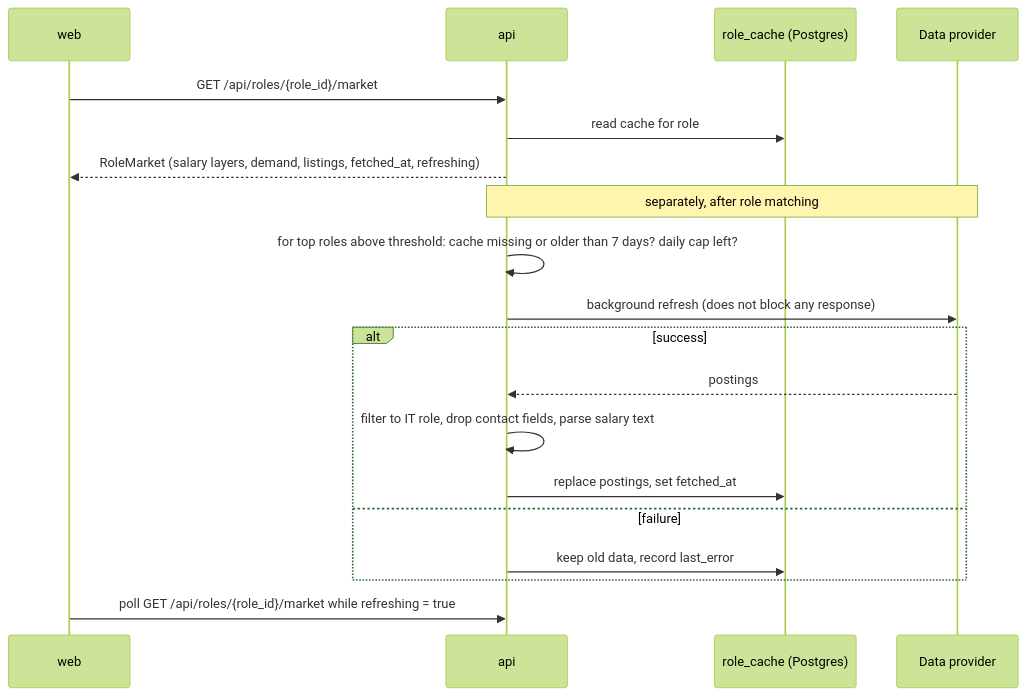
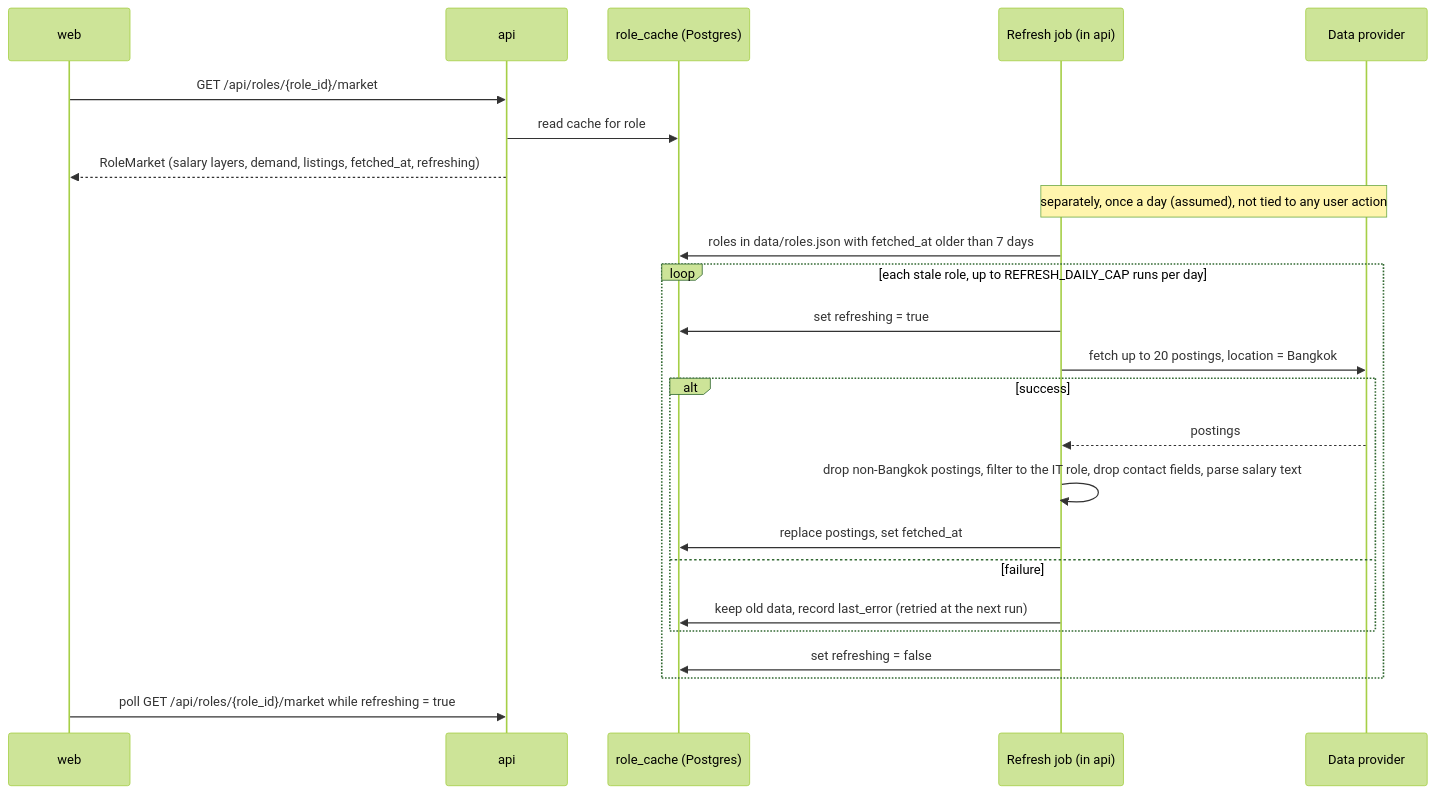
Before and after one commit to sakda1306/Advanced-Topic-in-Computer-Software-Course-Career-Mirror: the fourth of 5 diagrams in docs/Design.md, drawn with Mermaid (forest theme). The commit also changed other lines of this file, not shown here.

Commit message:
docs(docs): align design with scheduled refresh, real data paths and decided values

````diff
--- a/docs/Design.md
+++ b/docs/Design.md
@@ -185,21 +187,26 @@
 ```mermaid
 sequenceDiagram
   participant W as web
   participant A as api
   participant C as role_cache (Postgres)
+  participant J as Refresh job (in api)
   participant P as Data provider
   W->>A: GET /api/roles/{role_id}/market
   A->>C: read cache for role
   A-->>W: RoleMarket (salary layers, demand, listings, fetched_at, refreshing)
-  Note over A,P: separately, after role matching
-  A->>A: for top roles above threshold: cache missing or older than 7 days? daily cap left?
-  A->>P: background refresh (does not block any response)
-  alt success
-    P-->>A: postings
-    A->>A: filter to IT role, drop contact fields, parse salary text
-    A->>C: replace postings, set fetched_at
-  else failure
-    A->>C: keep old data, record last_error
+  Note over J,P: separately, once a day (assumed), not tied to any user action
+  J->>C: roles in data/roles.json with fetched_at older than 7 days
+  loop each stale role, up to REFRESH_DAILY_CAP runs per day
+    J->>C: set refreshing = true
+    J->>P: fetch up to 20 postings, location = Bangkok
+    alt success
+      P-->>J: postings
+      J->>J: drop non-Bangkok postings, filter to the IT role, drop contact fields, parse salary text
+      J->>C: replace postings, set fetched_at
+    else failure
+      J->>C: keep old data, record last_error (retried at the next run)
+    end
+    J->>C: set refreshing = false
   end
   W->>A: poll GET /api/roles/{role_id}/market while refreshing = true
 ```
````
